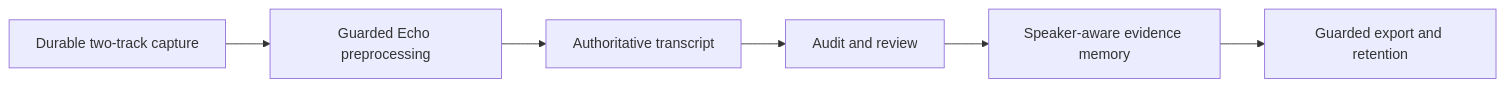
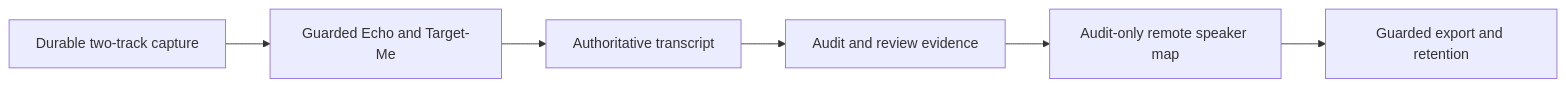
One commit to asukhodko/murmurmark changed the first of 2 diagrams in docs/roadmap/murmurmark-cli-roadmap.md. Above: the diagram before and after it, drawn with Mermaid. The commit also changed other lines of this file and 12 other files, not shown here.

````diff
--- a/docs/roadmap/murmurmark-cli-roadmap.md
+++ b/docs/roadmap/murmurmark-cli-roadmap.md
@@ -43,11 +44,11 @@
 ```mermaid
 flowchart LR
     C["Durable two-track capture"]
-    E["Guarded Echo preprocessing"]
+    E["Guarded Echo and Target-Me"]
     T["Authoritative transcript"]
-    R["Audit and review"]
-    M["Speaker-aware evidence memory"]
+    A["Audit and review evidence"]
+    S["Audit-only remote speaker map"]
     X["Guarded export and retention"]
 
-    C --> E --> T --> R --> M --> X
+    C --> E --> T --> A --> S --> X
 ```
````
